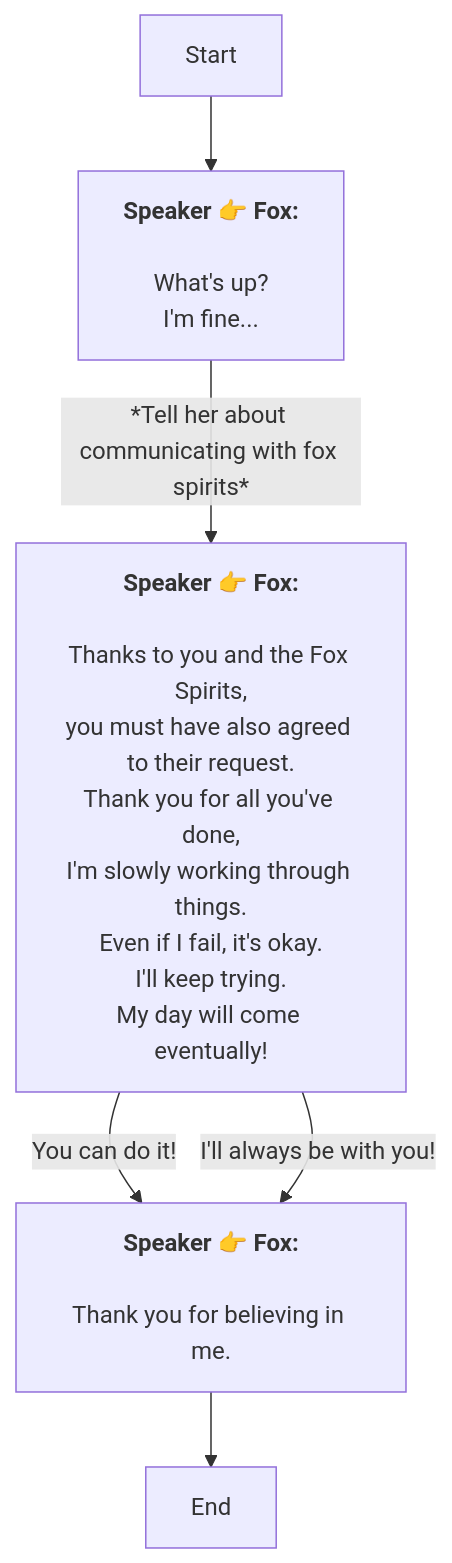
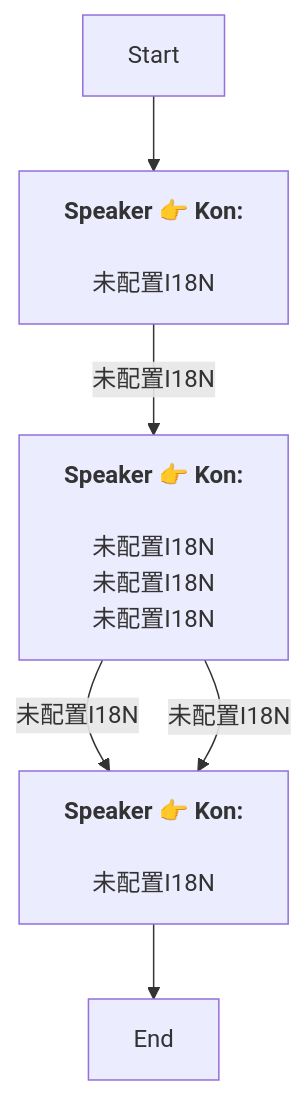
One commit to SoftHu/tos_avg changed the diagram in En/AddDialogNode_1738551728303397.md. Above: the diagram before and after it, drawn with Mermaid. The commit also changed 730 other files, not shown here.

````diff
--- a/En/AddDialogNode_1738551728303397.md
+++ b/En/AddDialogNode_1738551728303397.md
@@ -1,18 +1,13 @@
 ```mermaid
 graph
-Start -->1738551751763240[<b>Speaker 👉 Fox:</b>
-\nWhat's up?
-I'm fine...]
-1738551751763240 -->|*Tell her about communicating with fox spirits*|1738551856380205[<b>Speaker 👉 Fox:</b>
-\nThanks to you and the Fox Spirits,
-you must have also agreed to their request.\nThank you for all you've done,
-I'm slowly working through things.\nEven if I fail, it's okay.
-I'll keep trying.
-My day will come eventually!]
-1738551856380205 -->|You can do it!|1738552022961459[<b>Speaker 👉 Fox:</b>
-\nThank you for believing in me.]
-1738551856380205 -->|I'll always be with you!|1738552022961459[<b>Speaker 👉 Fox:</b>
-\nThank you for believing in me.]
+Start -->1738551751763240[<b>Speaker 👉 Kon:</b>
+\n未配置I18N]
+1738551751763240 -->|未配置I18N|1738551856380205[<b>Speaker 👉 Kon:</b>
+\n未配置I18N\n未配置I18N\n未配置I18N]
+1738551856380205 -->|未配置I18N|1738552022961459[<b>Speaker 👉 Kon:</b>
+\n未配置I18N]
+1738551856380205 -->|未配置I18N|1738552022961459[<b>Speaker 👉 Kon:</b>
+\n未配置I18N]
 1738552022961459 -->1738552165615931[End]
 
 ```
````
